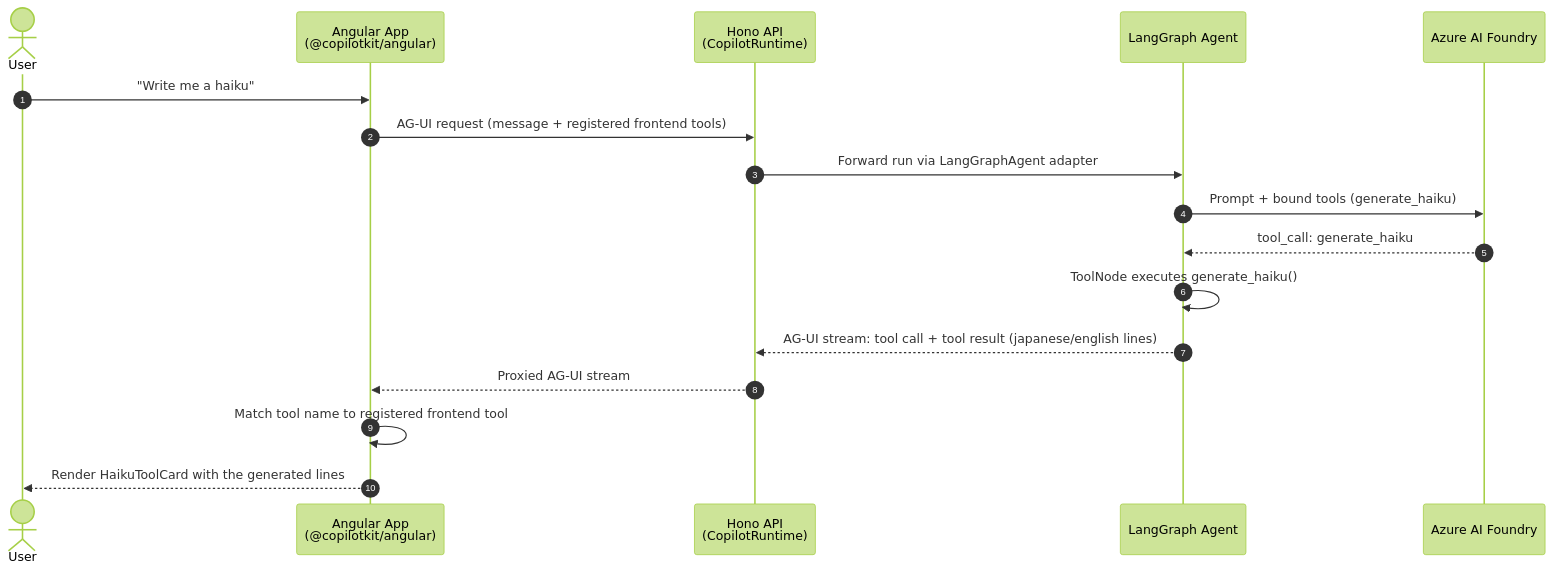
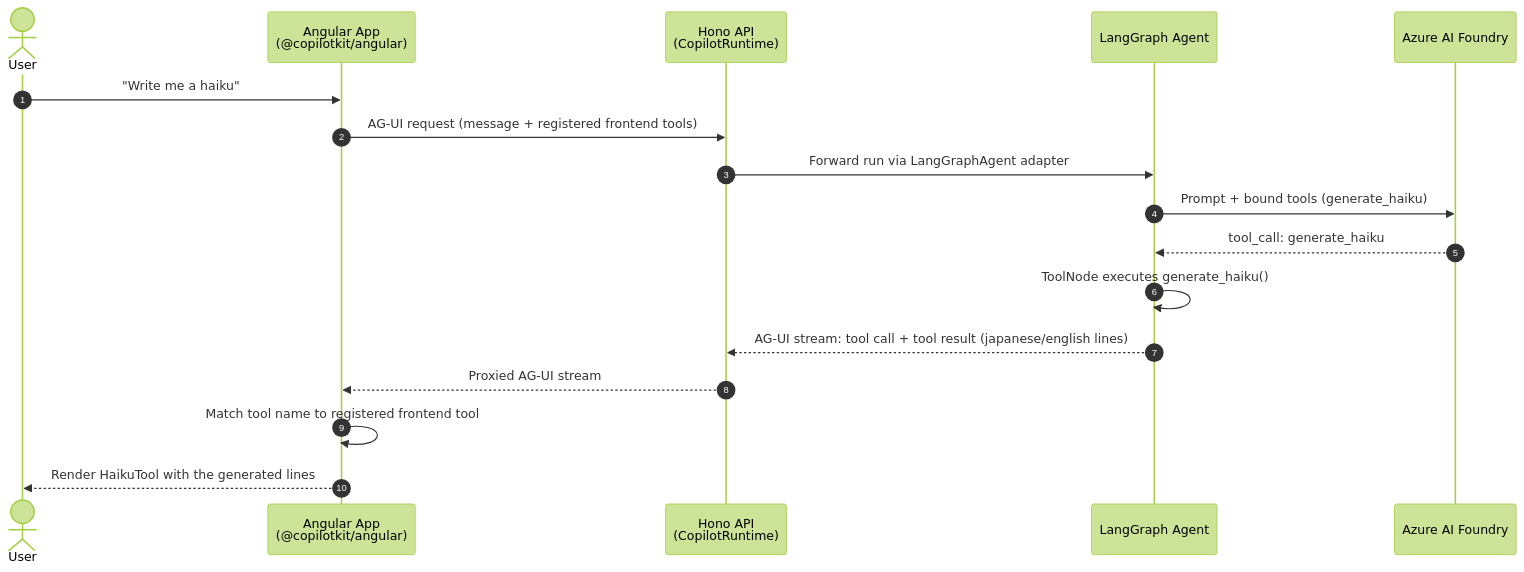
The third of 4 diagrams in README.md (JayChase/langchain-ag-ui-angular), drawn with Mermaid (forest theme) before and after one commit. The commit also changed other lines of this file and 5 other files, not shown here.

````diff
--- a/README.md
+++ b/README.md
@@ -107,20 +107,20 @@
 ```mermaid
 sequenceDiagram
     autonumber
     actor User
     participant App as Angular App<br/>(@copilotkit/angular)
     participant API as Hono API<br/>(CopilotRuntime)
     participant Agent as LangGraph Agent
     participant Model as Azure AI Foundry
 
     User->>App: "Write me a haiku"
     App->>API: AG-UI request (message + registered frontend tools)
     API->>Agent: Forward run via LangGraphAgent adapter
     Agent->>Model: Prompt + bound tools (generate_haiku)
     Model-->>Agent: tool_call: generate_haiku
     Agent->>Agent: ToolNode executes generate_haiku()
     Agent-->>API: AG-UI stream: tool call + tool result (japanese/english lines)
     API-->>App: Proxied AG-UI stream
     App->>App: Match tool name to registered frontend tool
-    App-->>User: Render HaikuToolCard with the generated lines
+    App-->>User: Render HaikuTool with the generated lines
 ```
````
